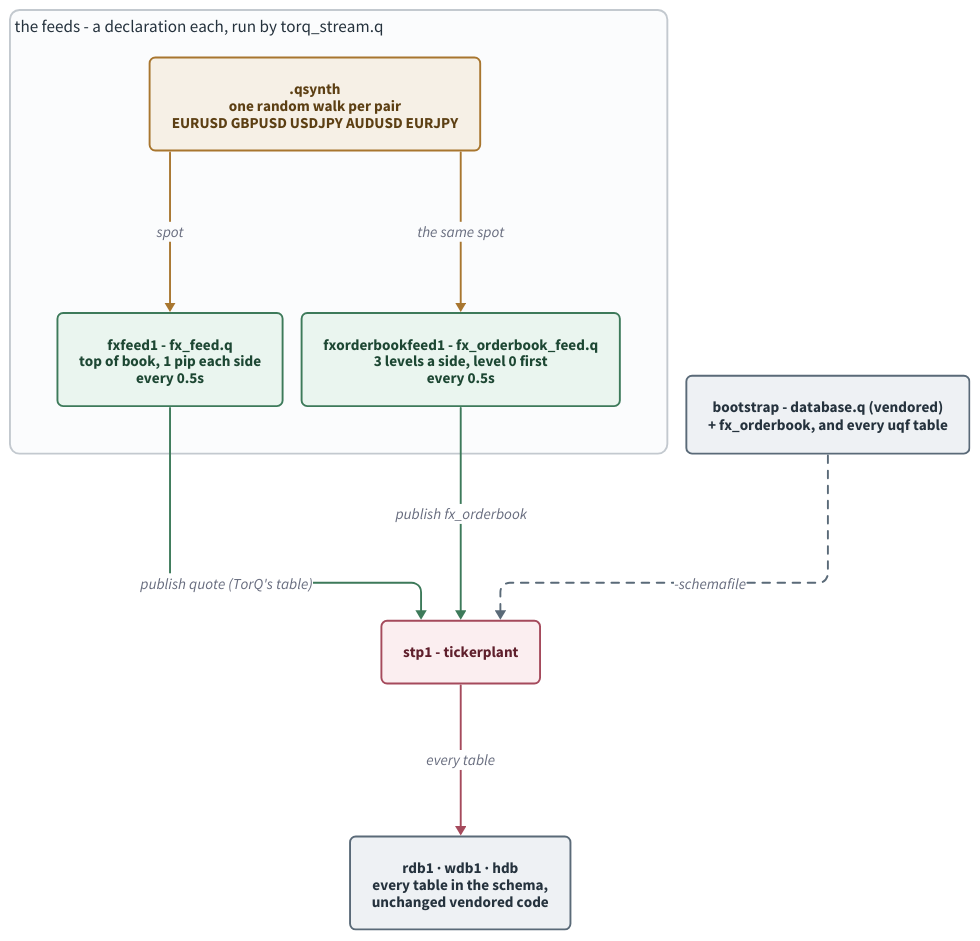
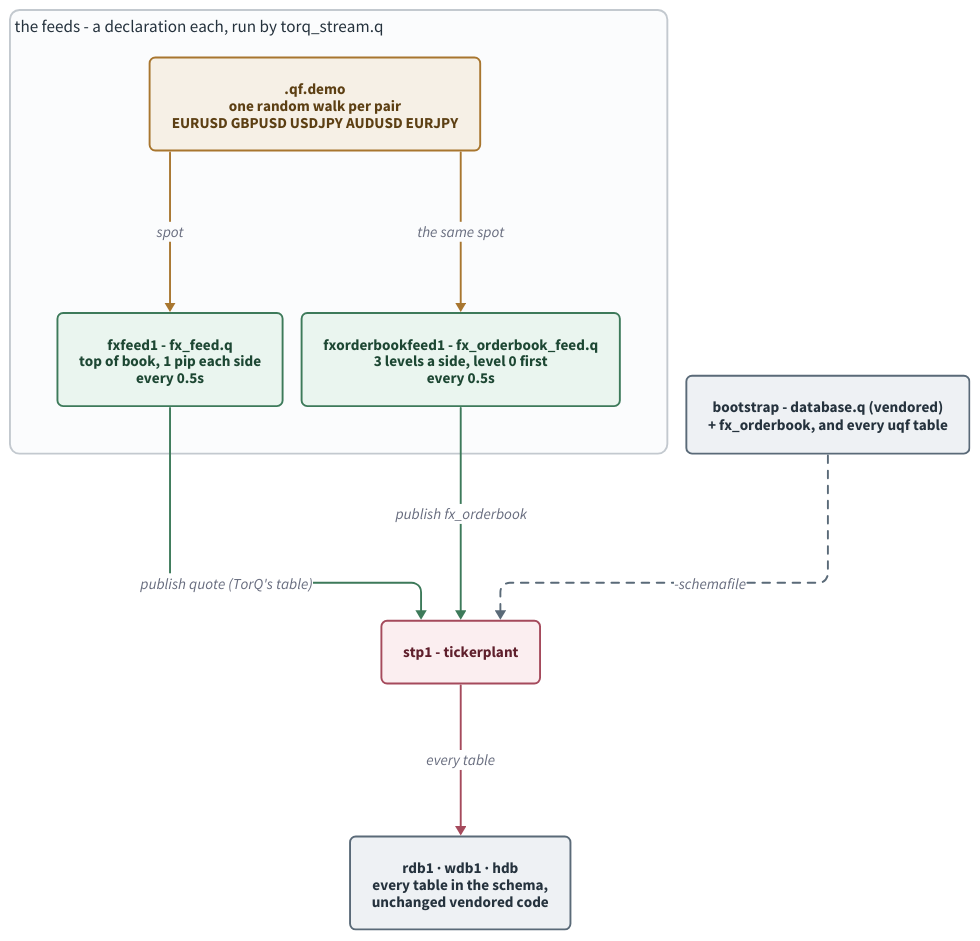
One commit to kwojdalski/uqf changed the diagram in docs/diagrams/synthetic-feeds.d2. Above: the diagram before and after it, drawn with D2. The commit also changed 199 other files, not shown here.

```diff
--- a/docs/diagrams/synthetic-feeds.d2
+++ b/docs/diagrams/synthetic-feeds.d2
@@ -1,51 +1,51 @@
 # synthetic-feeds.d2 - fxfeed1 and fxorderbookfeed1, the two feeds that
 # invent the demo's FX market.
 #
 # Rendered by scripts/generate/render_diagrams.py, which CI runs with
 # --check. Embedded from docs/services/synthetic-feeds.md.
 #
 # WHAT THIS DIAGRAM IS FOR. Two things the page argues: a feed is a
 # DECLARATION run by one generic runner, not a script of its own; and a new
 # table reached the HDB with no change to rdb.q, wdb.q or hdb.q - only a
-# schema line in the generated database.q. Both feeds walk the same .qsynth
+# schema line in the generated database.q. Both feeds walk the same .qf.demo
 # spot, so the top of book and the depth agree on the mid.
 
 direction: down
 
 vars: {
   d2-config: {
     layout-engine: elk
     pad: 40
   }
 }
 
 # The service diagrams' palette (fx-positions-service.d2, markouts.d2), so
 # the set reads as one system: light fills with dark text in both themes.
 classes: {
   ext: {style: {fill: "#f4f1ea"; stroke: "#8a7f6a"; font-color: "#3d3527"; border-radius: 14}}
   py: {style: {fill: "#f3eefb"; stroke: "#6f4aa5"; font-color: "#3a1e5f"; border-radius: 6}}
   feed: {style: {fill: "#f6f0e6"; stroke: "#a8762f"; font-color: "#5c3f13"; border-radius: 6}}
   job: {style: {fill: "#eaf5ef"; stroke: "#3d7a5a"; font-color: "#1d4733"; border-radius: 6}}
   plant: {style: {fill: "#fbeef0"; stroke: "#a54a5c"; font-color: "#5f1f2c"; border-radius: 6}}
   table: {style: {fill: "#eef3fb"; stroke: "#4a6fa5"; font-color: "#1e3a5f"; border-radius: 6}}
   store: {style: {fill: "#eef1f4"; stroke: "#5a6a78"; font-color: "#25323d"; border-radius: 6}}
   band: {label.near: top-left; style: {fill: "#fbfcfd"; stroke: "#c3c9cf"; font-color: "#25323d"; stroke-width: 2; border-radius: 10; font-size: 18}}
 }
 
 decl: "the feeds - a declaration each, run by torq_stream.q" {
   class: band
-  synth: ".qsynth\none random walk per pair\nEURUSD GBPUSD USDJPY AUDUSD EURJPY" { class: feed }
+  synth: ".qf.demo\none random walk per pair\nEURUSD GBPUSD USDJPY AUDUSD EURJPY" { class: feed }
   fx: "fxfeed1 - fx_feed.q\ntop of book, 1 pip each side\nevery 0.5s" { class: job }
   depth: "fxorderbookfeed1 - fx_orderbook_feed.q\n3 levels a side, level 0 first\nevery 0.5s" { class: job }
   synth -> fx: "spot" { style.stroke: "#a8762f" }
   synth -> depth: "the same spot" { style.stroke: "#a8762f" }
 }
 
 schema: "bootstrap - database.q (vendored)\n+ fx_orderbook, and every uqf table" { class: store }
 stp1: "stp1 - tickerplant" { class: plant }
 storage: "rdb1 · wdb1 · hdb\nevery table in the schema,\nunchanged vendored code" { class: store }
 
 decl.fx -> stp1: "publish quote (TorQ's table)" { style.stroke: "#3d7a5a" }
 decl.depth -> stp1: "publish fx_orderbook" { style.stroke: "#3d7a5a" }
 schema -> stp1: "-schemafile" { style.stroke: "#5a6a78"; style.stroke-dash: 4 }
 stp1 -> storage: "every table" { style.stroke: "#a54a5c" }
```
